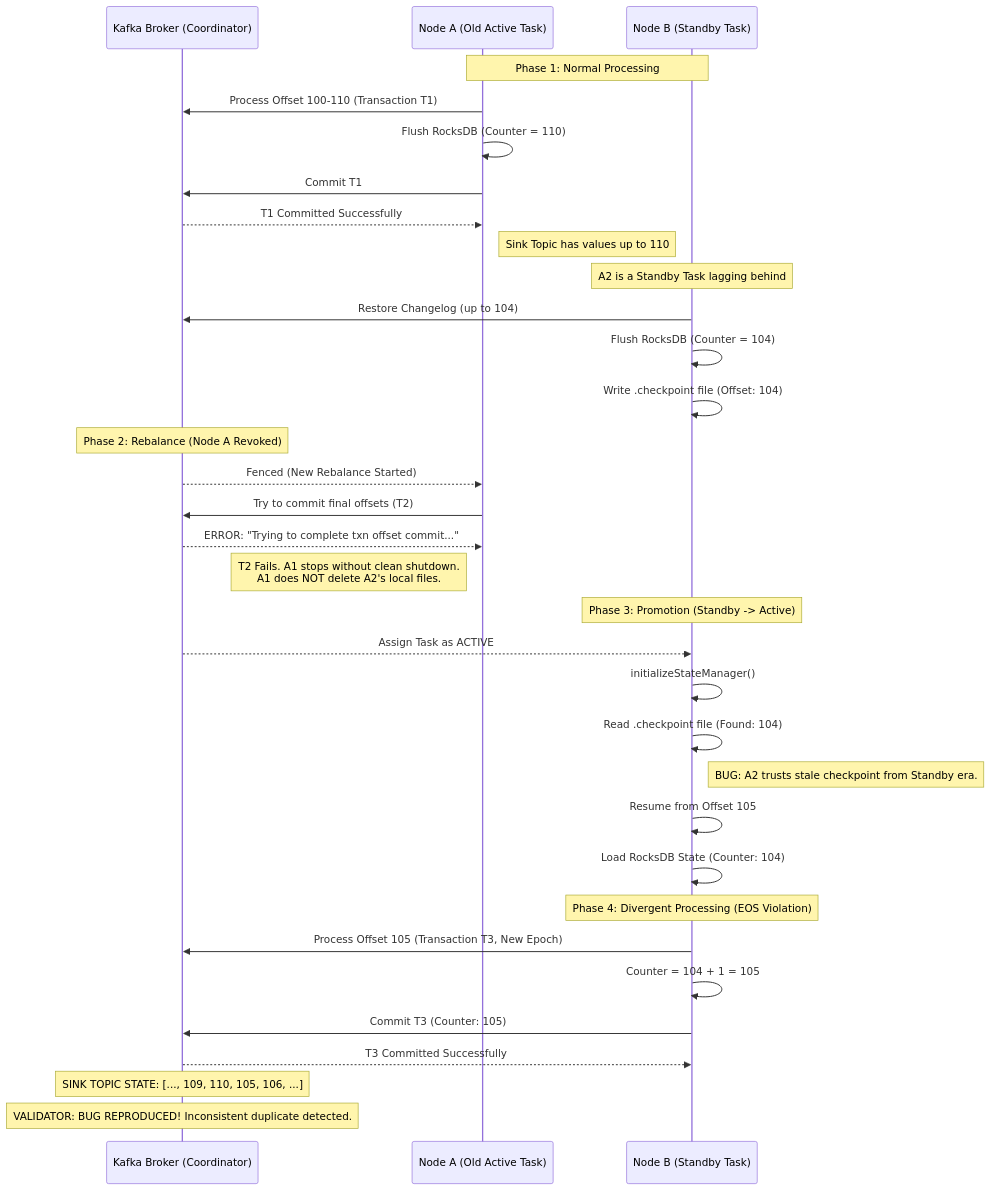
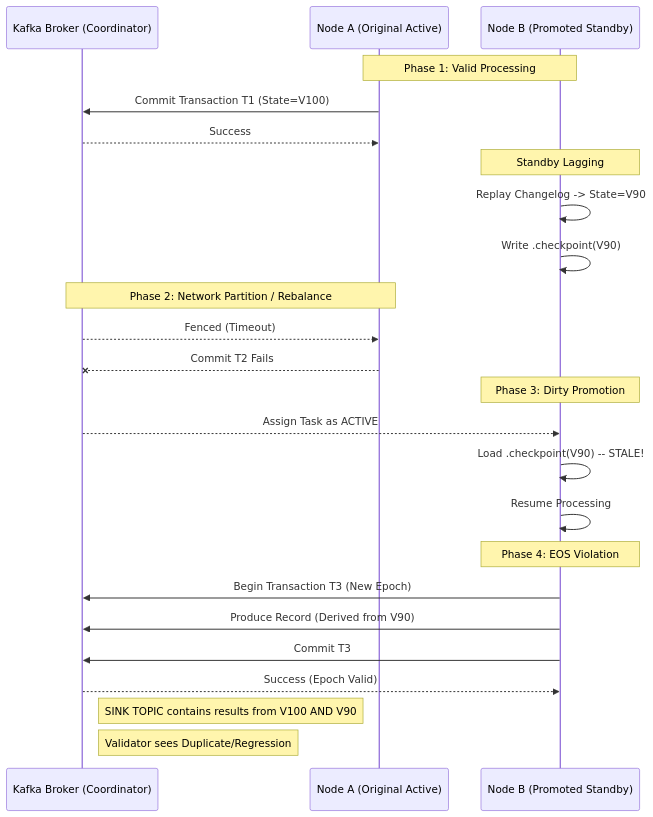
Before and after one commit to yutaofr/my-design-docs: the diagram in kafka-17507-repro/DIAGNOSIS.md, drawn with Mermaid. The commit also changed other lines of this file and 2 other files, not shown here.

Commit message:
upgrade docs

````diff
--- a/kafka-17507-repro/DIAGNOSIS.md
+++ b/kafka-17507-repro/DIAGNOSIS.md
@@ -50,41 +53,32 @@
 ```mermaid
 sequenceDiagram
     participant B as Kafka Broker (Coordinator)
-    participant A1 as Node A (Old Active Task)
-    participant A2 as Node B (Standby Task)
+    participant A1 as Node A (Original Active)
+    participant A2 as Node B (Promoted Standby)
 
-    Note over A1, A2: Phase 1: Normal Processing
-    A1->>B: Process Offset 100-110 (Transaction T1)
-    A1->>A1: Flush RocksDB (Counter = 110)
-    A1->>B: Commit T1
-    B-->>A1: T1 Committed Successfully
-    Note right of A1: Sink Topic has values up to 110
+    Note over A1, A2: Phase 1: Valid Processing
+    A1->>B: Commit Transaction T1 (State=V100)
+    B-->>A1: Success
 
-    Note over A2: A2 is a Standby Task lagging behind
-    A2->>B: Restore Changelog (up to 104)
-    A2->>A2: Flush RocksDB (Counter = 104)
-    A2->>A2: Write .checkpoint file (Offset: 104)
+    Note over A2: Standby Lagging
+    A2->>A2: Replay Changelog -> State=V90
+    A2->>A2: Write .checkpoint(V90)
 
-    Note over B: Phase 2: Rebalance (Node A Revoked)
-    B-->>A1: Fenced (New Rebalance Started)
-    A1->>B: Try to commit final offsets (T2)
-    B-->>A1: ERROR: "Trying to complete txn offset commit..."
-    Note left of A1: T2 Fails. A1 stops without clean shutdown.<br/>A1 does NOT delete A2's local files.
-
-    Note over A2: Phase 3: Promotion (Standby -> Active)
+    Note over B, A1: Phase 2: Network Partition / Rebalance
+    B-->>A1: Fenced (Timeout)
+    A1--x B: Commit T2 Fails
+    
+    Note over A2: Phase 3: Dirty Promotion
     B-->>A2: Assign Task as ACTIVE
-    A2->>A2: initializeStateManager()
-    A2->>A2: Read .checkpoint file (Found: 104)
-    Note right of A2: BUG: A2 trusts stale checkpoint from Standby era.
-    A2->>A2: Resume from Offset 105
-    A2->>A2: Load RocksDB State (Counter: 104)
-
-    Note over A2: Phase 4: Divergent Processing (EOS Violation)
-    A2->>B: Process Offset 105 (Transaction T3, New Epoch)
-    A2->>A2: Counter = 104 + 1 = 105
-    A2->>B: Commit T3 (Counter: 105)
-    B-->>A2: T3 Committed Successfully
+    A2->>A2: Load .checkpoint(V90) -- STALE!
+    A2->>A2: Resume Processing
     
-    Note over B: SINK TOPIC STATE: [..., 109, 110, 105, 106, ...]
-    Note over B: VALIDATOR: BUG REPRODUCED! Inconsistent duplicate detected.
+    Note over A2: Phase 4: EOS Violation
+    A2->>B: Begin Transaction T3 (New Epoch)
+    A2->>B: Produce Record (Derived from V90)
+    A2->>B: Commit T3
+    B-->>A2: Success (Epoch Valid)
+    
+    Note right of B: SINK TOPIC contains results from V100 AND V90
+    Note right of B: Validator sees Duplicate/Regression
 ```
````
